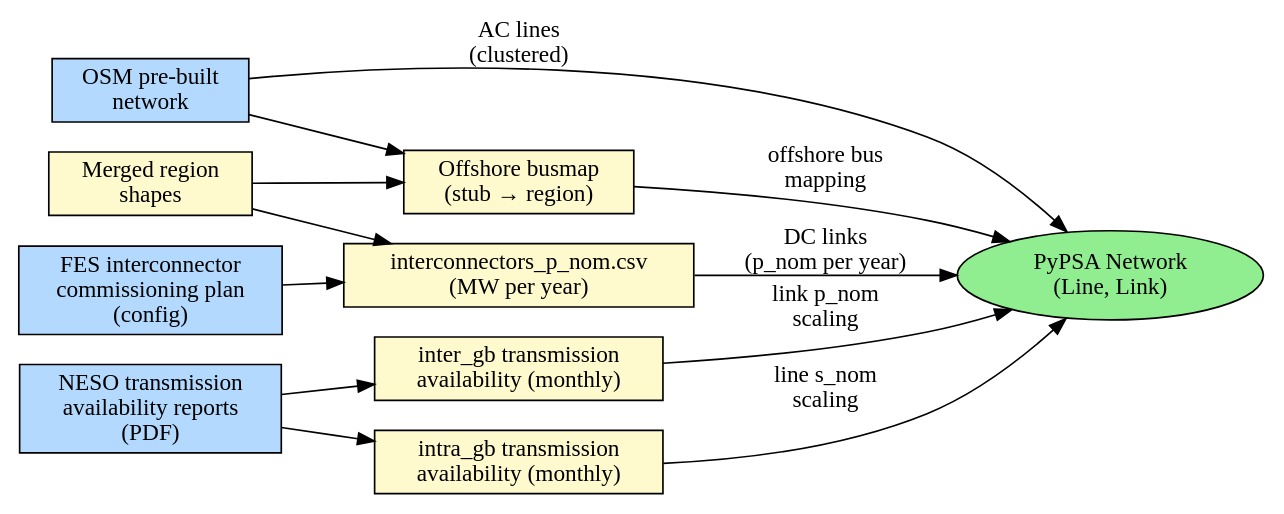
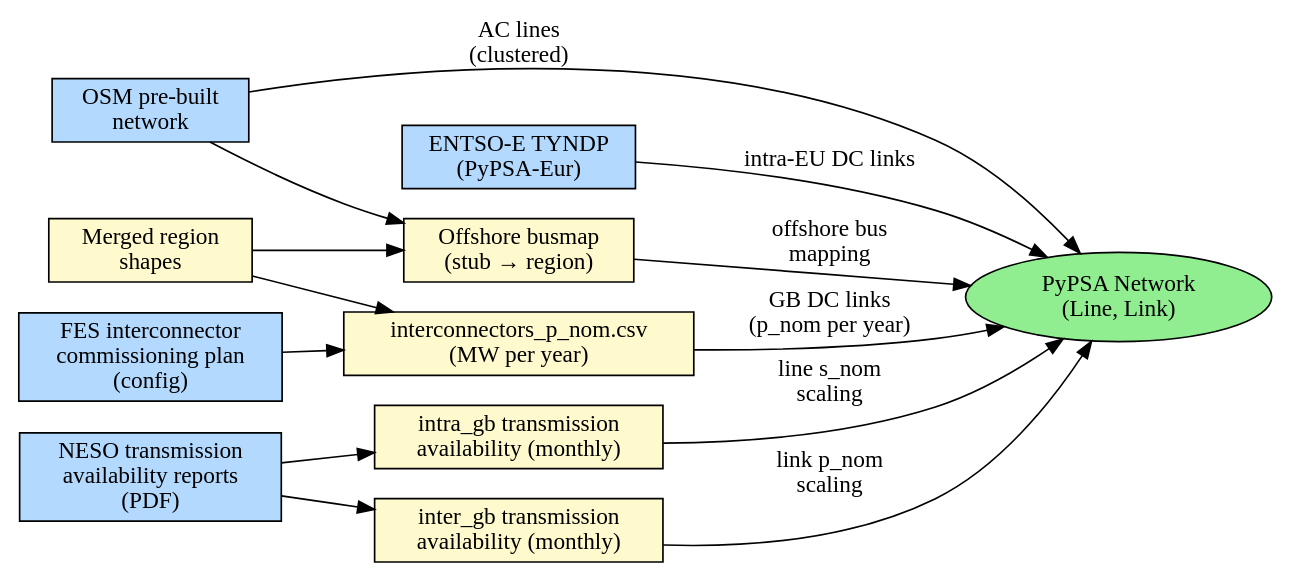
Before and after one commit to open-energy-transition/gb-dispatch-model: the diagram in doc/gb-model/transmission.rst, drawn with Graphviz. The commit also changed other lines of this file, not shown here.

```diff
--- a/doc/gb-model/transmission.rst
+++ b/doc/gb-model/transmission.rst
@@ -30,30 +37,32 @@
 .. graphviz::
 
    digraph {
       rankdir=LR;
       node [shape=box, style=filled];
 
       osm        [label="OSM pre-built\nnetwork", fillcolor="#B3D9FF"];
+      tyndp      [label="ENTSO-E TYNDP\n(PyPSA-Eur)", fillcolor="#B3D9FF"];
       neso_pdf   [label="NESO transmission\navailability reports\n(PDF)", fillcolor="#B3D9FF"];
       fes_plan   [label="FES interconnector\ncommissioning plan\n(config)", fillcolor="#B3D9FF"];
       regions    [label="Merged region\nshapes", fillcolor="#FFFACD"];
 
       busmap     [label="Offshore busmap\n(stub → region)", fillcolor="#FFFACD"];
       intercon   [label="interconnectors_p_nom.csv\n(MW per year)", fillcolor="#FFFACD"];
       avail_intra [label="intra_gb transmission\navailability (monthly)", fillcolor="#FFFACD"];
       avail_inter [label="inter_gb transmission\navailability (monthly)", fillcolor="#FFFACD"];
 
       network [label="PyPSA Network\n(Line, Link)", fillcolor="#90EE90", shape=ellipse];
 
       osm      -> busmap;
       regions  -> busmap;
       osm      -> network [label="AC lines\n(clustered)"];
+      tyndp    -> network [label="intra-EU DC links"];
       busmap   -> network [label="offshore bus\nmapping"];
       fes_plan -> intercon;
       regions  -> intercon;
-      intercon -> network [label="DC links\n(p_nom per year)"];
+      intercon -> network [label="GB DC links\n(p_nom per year)"];
       neso_pdf -> avail_intra;
       neso_pdf -> avail_inter;
       avail_intra -> network [label="line s_nom\nscaling"];
       avail_inter -> network [label="link p_nom\nscaling"];
    }
```
